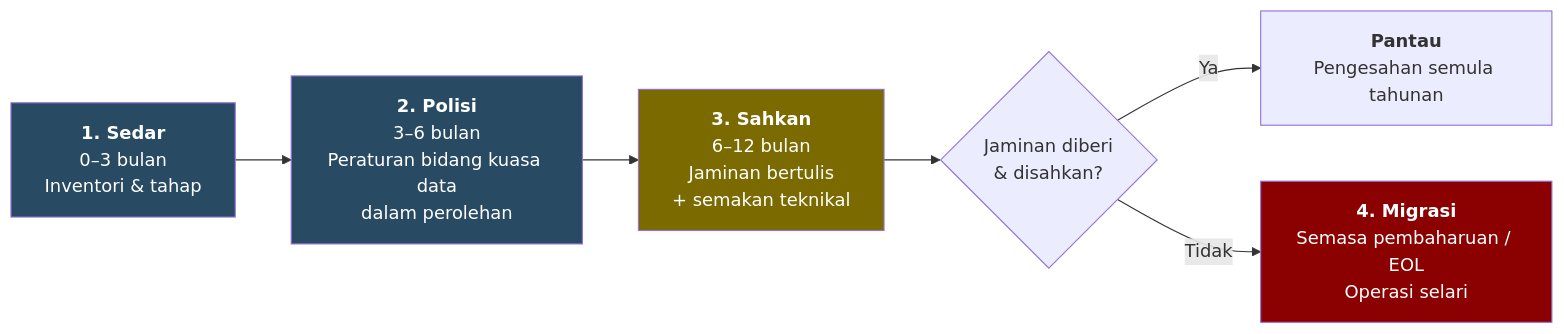
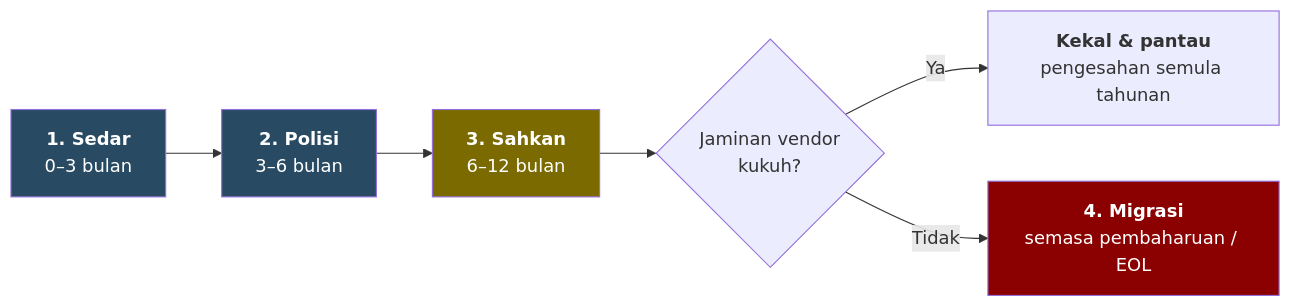
The diagram in content/my-only/2026-10-larangan-waze-teknologi-berkait-israel.md (rectifyq/site), drawn with Mermaid before and after one commit. The commit also changed other lines of this file and 1 other file, not shown here.

First line of the commit message:
Restructure Waze assessment BLUF-first; verify vendor docs and sources

````diff
--- a/content/my-only/2026-10-larangan-waze-teknologi-berkait-israel.md
+++ b/content/my-only/2026-10-larangan-waze-teknologi-berkait-israel.md
@@ -256,12 +65,12 @@
 ```mermaid
 flowchart LR
-    A["<b>1. Sedar</b><br/>0–3 bulan<br/>Inventori & tahap"] --> B["<b>2. Polisi</b><br/>3–6 bulan<br/>Peraturan bidang kuasa data<br/>dalam perolehan"]
-    B --> C["<b>3. Sahkan</b><br/>6–12 bulan<br/>Jaminan bertulis<br/>+ semakan teknikal"]
-    C --> D{"Jaminan diberi<br/>& disahkan?"}
-    D -- Ya --> E["<b>Pantau</b><br/>Pengesahan semula tahunan"]
-    D -- Tidak --> F["<b>4. Migrasi</b><br/>Semasa pembaharuan / EOL<br/>Operasi selari"]
+    A["<b>1. Sedar</b><br/>0–3 bulan"] --> B["<b>2. Polisi</b><br/>3–6 bulan"]
+    B --> C["<b>3. Sahkan</b><br/>6–12 bulan"]
+    C --> D{"Jaminan vendor<br/>kukuh?"}
+    D -- Ya --> E["<b>Kekal & pantau</b><br/>pengesahan semula tahunan"]
+    D -- Tidak --> F["<b>4. Migrasi</b><br/>semasa pembaharuan / EOL"]
     style A fill:#284b63,color:#fff
     style B fill:#284b63,color:#fff
     style C fill:#7a6a00,color:#fff
     style F fill:#8b0000,color:#fff
 ```
````
